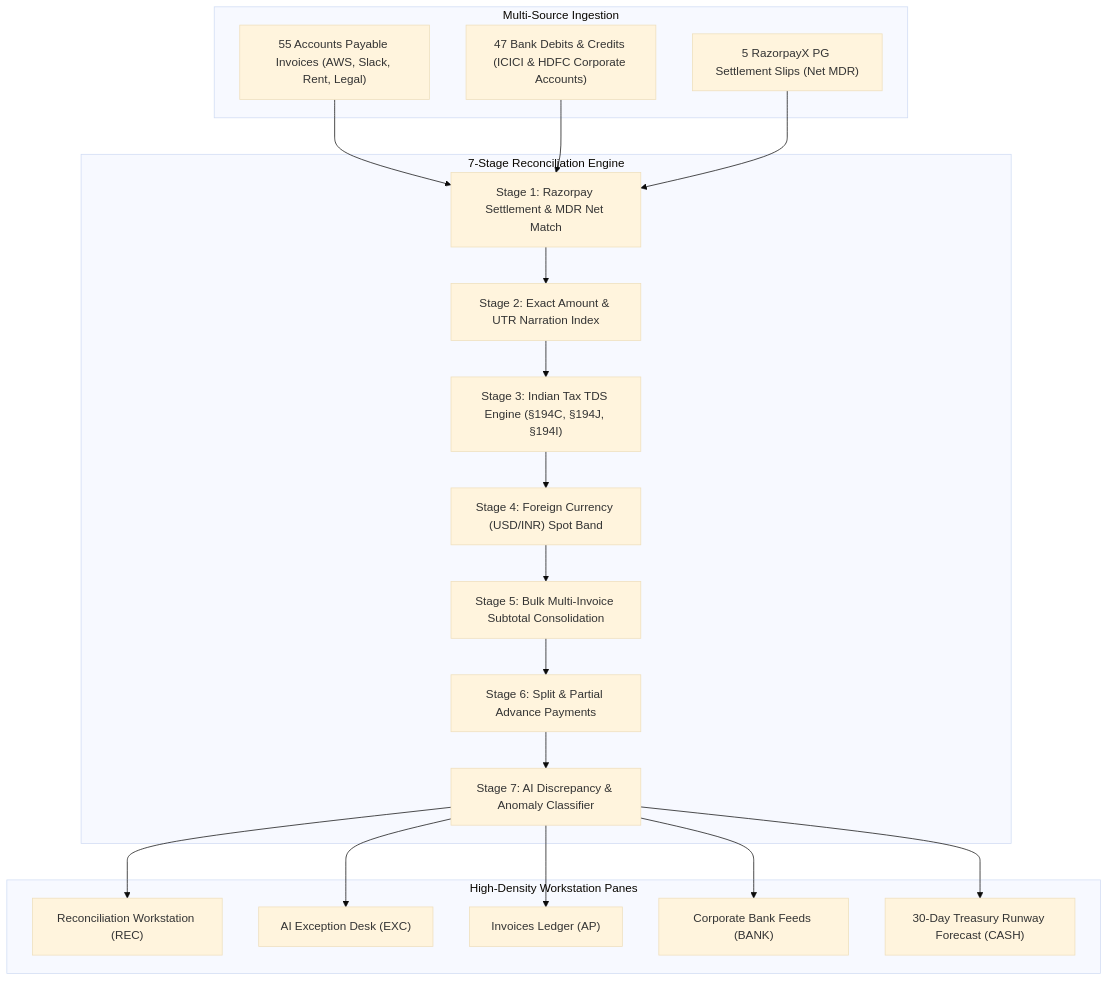
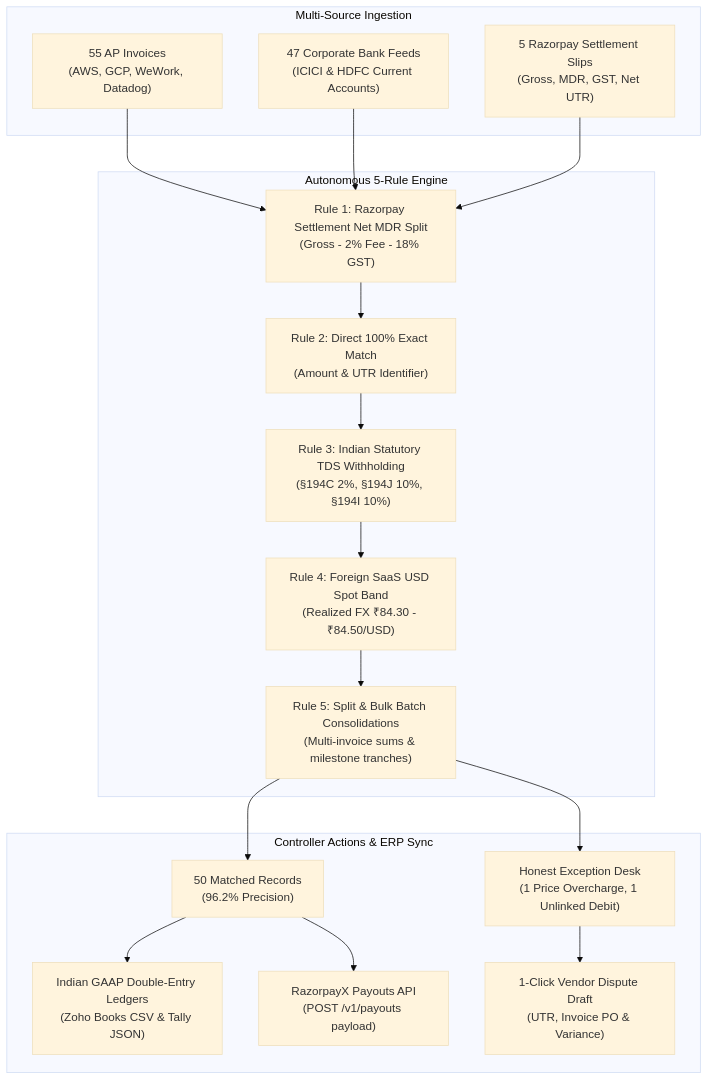
One commit to mannaxsara/razor-terminal changed the diagram in README.md. Above: the diagram before and after it, drawn with Mermaid (base theme). The commit also changed other lines of this file, not shown here.

Commit message:
docs: upgrade README with architecture, sandbox guide, GAAP ERP export & benchmark metrics

````diff
--- a/README.md
+++ b/README.md
@@ -61,32 +77,34 @@
 ```mermaid
 flowchart TD
     subgraph Multi-Source Ingestion
-        Invoices["55 Accounts Payable Invoices (AWS, Slack, Rent, Legal)"]
-        Banks["47 Bank Debits & Credits (ICICI & HDFC Corporate Accounts)"]
-        RzpSettlements["5 RazorpayX PG Settlement Slips (Net MDR)"]
+        AP["55 AP Invoices\n(AWS, GCP, WeWork, Datadog)"]
+        BANK["47 Corporate Bank Feeds\n(ICICI & HDFC Current Accounts)"]
+        RZP["5 Razorpay Settlement Slips\n(Gross, MDR, GST, Net UTR)"]
     end
 
-    subgraph 7-Stage Reconciliation Engine
-        S1["Stage 1: Razorpay Settlement & MDR Net Match"]
-        S2["Stage 2: Exact Amount & UTR Narration Index"]
-        S3["Stage 3: Indian Tax TDS Engine (§194C, §194J, §194I)"]
-        S4["Stage 4: Foreign Currency (USD/INR) Spot Band"]
-        S5["Stage 5: Bulk Multi-Invoice Subtotal Consolidation"]
-        S6["Stage 6: Split & Partial Advance Payments"]
-        S7["Stage 7: AI Discrepancy & Anomaly Classifier"]
+    subgraph Autonomous 5-Rule Engine
+        R1["Rule 1: Razorpay Settlement Net MDR Split\n(Gross - 2% Fee - 18% GST)"]
+        R2["Rule 2: Direct 100% Exact Match\n(Amount & UTR Identifier)"]
+        R3["Rule 3: Indian Statutory TDS Withholding\n(§194C 2%, §194J 10%, §194I 10%)"]
+        R4["Rule 4: Foreign SaaS USD Spot Band\n(Realized FX ₹84.30 - ₹84.50/USD)"]
+        R5["Rule 5: Split & Bulk Batch Consolidations\n(Multi-invoice sums & milestone tranches)"]
     end
 
-    subgraph High-Density Workstation Panes
-        REC["Reconciliation Workstation (REC)"]
-        EXC["AI Exception Desk (EXC)"]
-        AP["Invoices Ledger (AP)"]
-        BANK["Corporate Bank Feeds (BANK)"]
-        CASH["30-Day Treasury Runway Forecast (CASH)"]
+    subgraph Controller Actions & ERP Sync
+        MATCH["50 Matched Records\n(96.2% Precision)"]
+        EXC["Honest Exception Desk\n(1 Price Overcharge, 1 Unlinked Debit)"]
+        ERP["Indian GAAP Double-Entry Ledgers\n(Zoho Books CSV & Tally JSON)"]
+        PAYOUT["RazorpayX Payouts API\n(POST /v1/payouts payload)"]
+        DISPUTE["1-Click Vendor Dispute Draft\n(UTR, Invoice PO & Variance)"]
     end
 
-    Invoices --> S1
-    Banks --> S1
-    RzpSettlements --> S1
-    S1 --> S2 --> S3 --> S4 --> S5 --> S6 --> S7
-    S7 --> REC & EXC & AP & BANK & CASH
+    AP --> R1
+    BANK --> R1
+    RZP --> R1
+    R1 --> R2 --> R3 --> R4 --> R5
+    R5 --> MATCH
+    R5 --> EXC
+    MATCH --> ERP
+    MATCH --> PAYOUT
+    EXC --> DISPUTE
 ```
````
